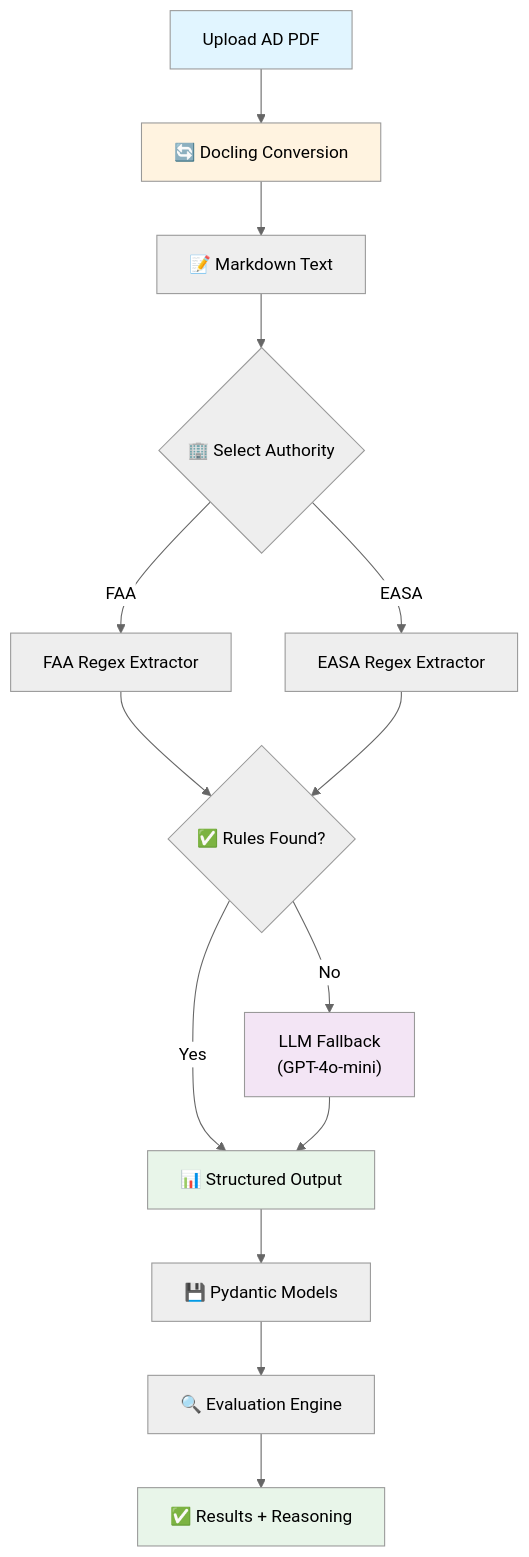
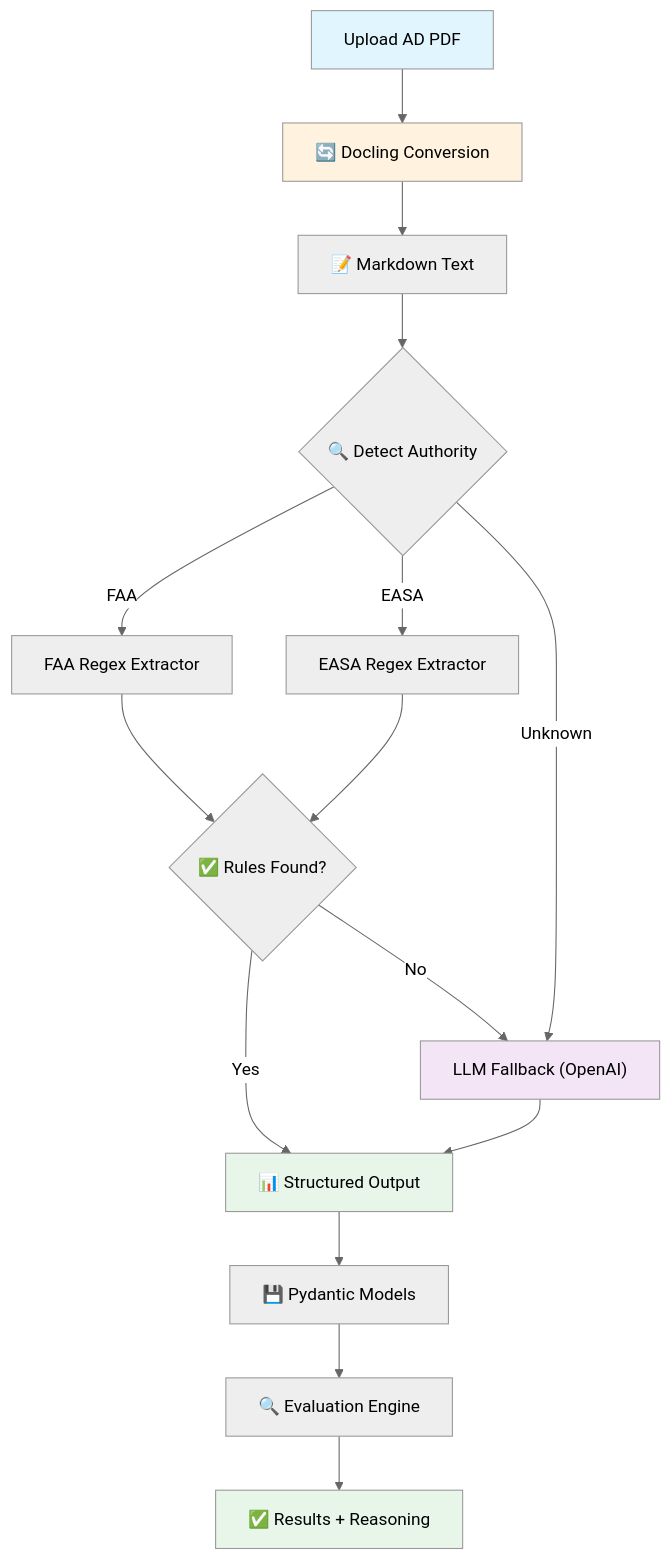
One commit to ZidanMau24/AD-Extraction-Pipeline-Assesment changed the diagram in report.md. Above: the diagram before and after it, drawn with Mermaid (neutral theme). The commit also changed other lines of this file, not shown here.

````diff
--- a/report.md
+++ b/report.md
@@ -7,22 +9,23 @@
 ```mermaid
 flowchart TD
     A[" Upload AD PDF"] --> B["🔄 Docling Conversion"]
     B --> C["📝 Markdown Text"]
-    C --> D{"🏢 Select Authority"}
+    C --> D{"🔍 Detect Authority"}
     D -->|FAA| E[" FAA Regex Extractor"]
     D -->|EASA| F[" EASA Regex Extractor"]
-    E --> G{"✅ Rules Found?"}
-    F --> G
-    G -->|Yes| H["📊 Structured Output"]
-    G -->|No| I[" LLM Fallback<br/>(GPT-4o-mini)"]
-    I --> H
-    H --> J["💾 Pydantic Models"]
+    D -->|Unknown| G[" LLM Fallback (OpenAI)"]
+    E --> H{"✅ Rules Found?"}
+    F --> H
+    H -->|Yes| I["📊 Structured Output"]
+    H -->|No| G
+    G --> I
+    I --> J["💾 Pydantic Models"]
     J --> K["🔍 Evaluation Engine"]
     K --> L["✅ Results + Reasoning"]
     
     style A fill:#e1f5ff
     style B fill:#fff3e0
-    style I fill:#f3e5f5
-    style H fill:#e8f5e9
+    style G fill:#f3e5f5
+    style I fill:#e8f5e9
     style L fill:#e8f5e9
 ```
````
